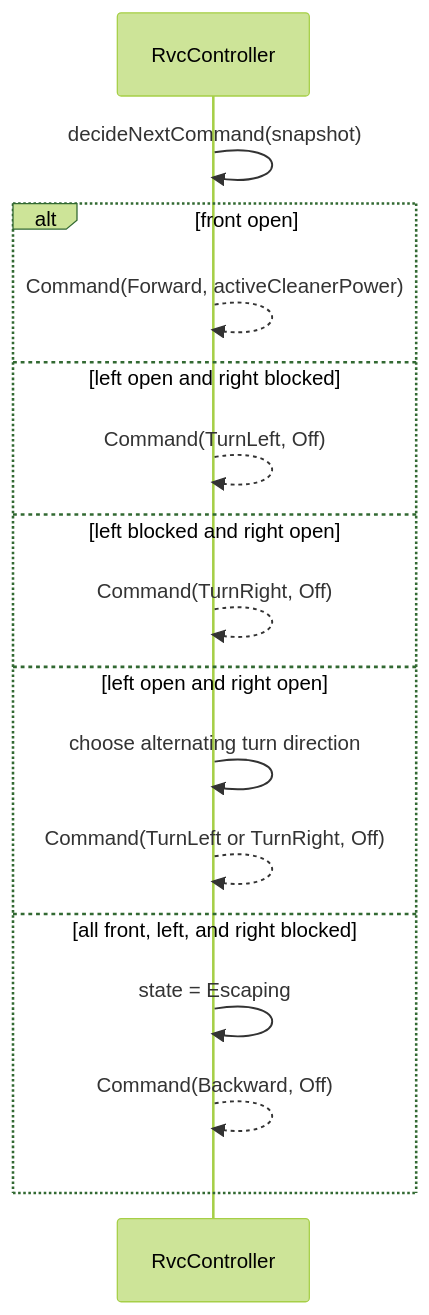
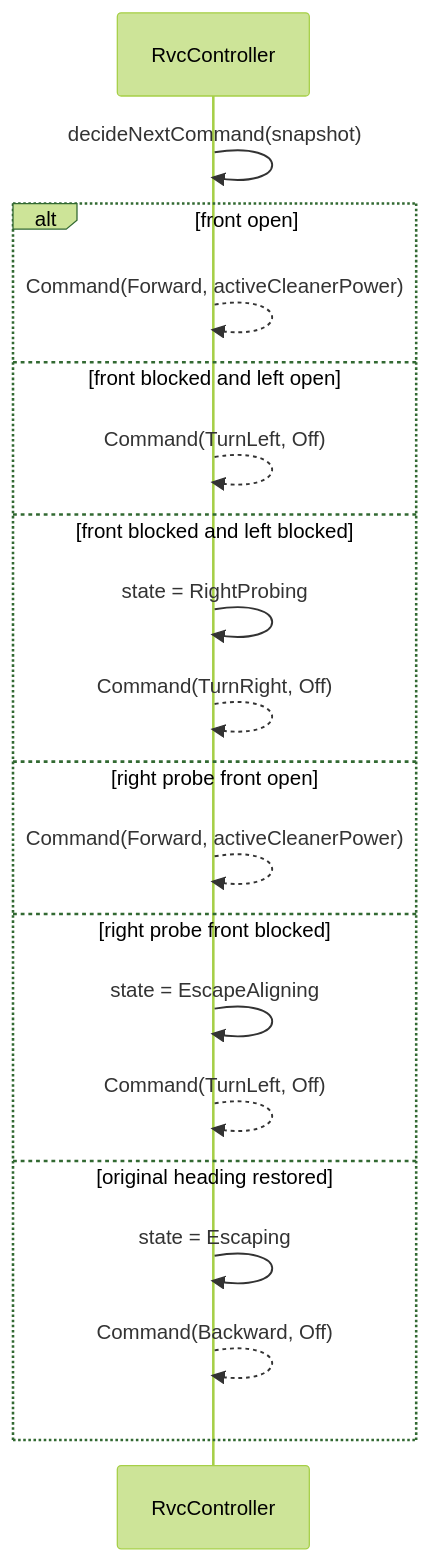
The fourth of 6 diagrams in docs/ood_sequence_diagrams.md (reload02/ooad-vibe), drawn with Mermaid (forest theme) before and after one commit. The commit also changed other lines of this file and 21 other files, not shown here.

First line of the commit message:
Refactor RvcController to implement right probing behavior and update related components

````diff
--- a/docs/ood_sequence_diagrams.md
+++ b/docs/ood_sequence_diagrams.md
@@ -78,19 +78,22 @@
 ```mermaid
 sequenceDiagram
     participant Controller as RvcController
 
     Controller->>Controller: decideNextCommand(snapshot)
     alt front open
         Controller-->>Controller: Command(Forward, activeCleanerPower)
-    else left open and right blocked
+    else front blocked and left open
         Controller-->>Controller: Command(TurnLeft, Off)
-    else left blocked and right open
+    else front blocked and left blocked
+        Controller->>Controller: state = RightProbing
         Controller-->>Controller: Command(TurnRight, Off)
-    else left open and right open
-        Controller->>Controller: choose alternating turn direction
-        Controller-->>Controller: Command(TurnLeft or TurnRight, Off)
-    else all front, left, and right blocked
+    else right probe front open
+        Controller-->>Controller: Command(Forward, activeCleanerPower)
+    else right probe front blocked
+        Controller->>Controller: state = EscapeAligning
+        Controller-->>Controller: Command(TurnLeft, Off)
+    else original heading restored
         Controller->>Controller: state = Escaping
         Controller-->>Controller: Command(Backward, Off)
     end
 ```
````
